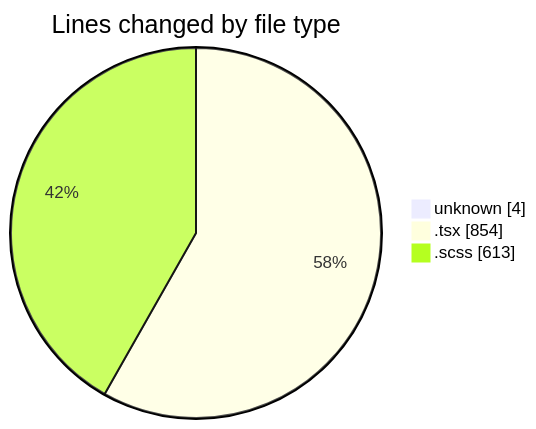
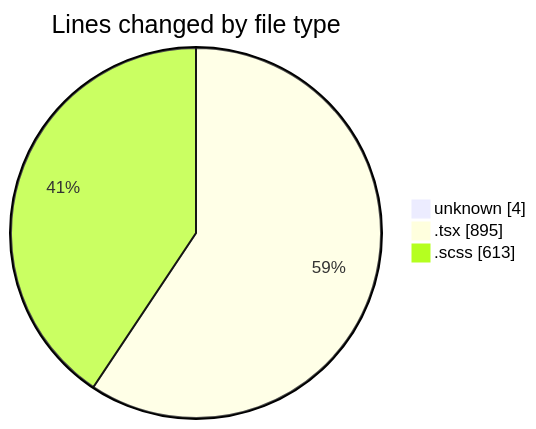
One commit to momahboobian/code-tracking changed the first of 2 diagrams in 2025-02-14/cda/README.md. Above: the diagram before and after it, drawn with Mermaid. The commit also changed other lines of this file and 1 other file, not shown here.

````diff
--- a/2025-02-14/cda/README.md
+++ b/2025-02-14/cda/README.md
@@ -27,7 +27,7 @@
 ```mermaid
 pie showData
 title Lines changed by file type
 "unknown" : 4
-".tsx" : 854
+".tsx" : 895
 ".scss" : 613
 ```
````
